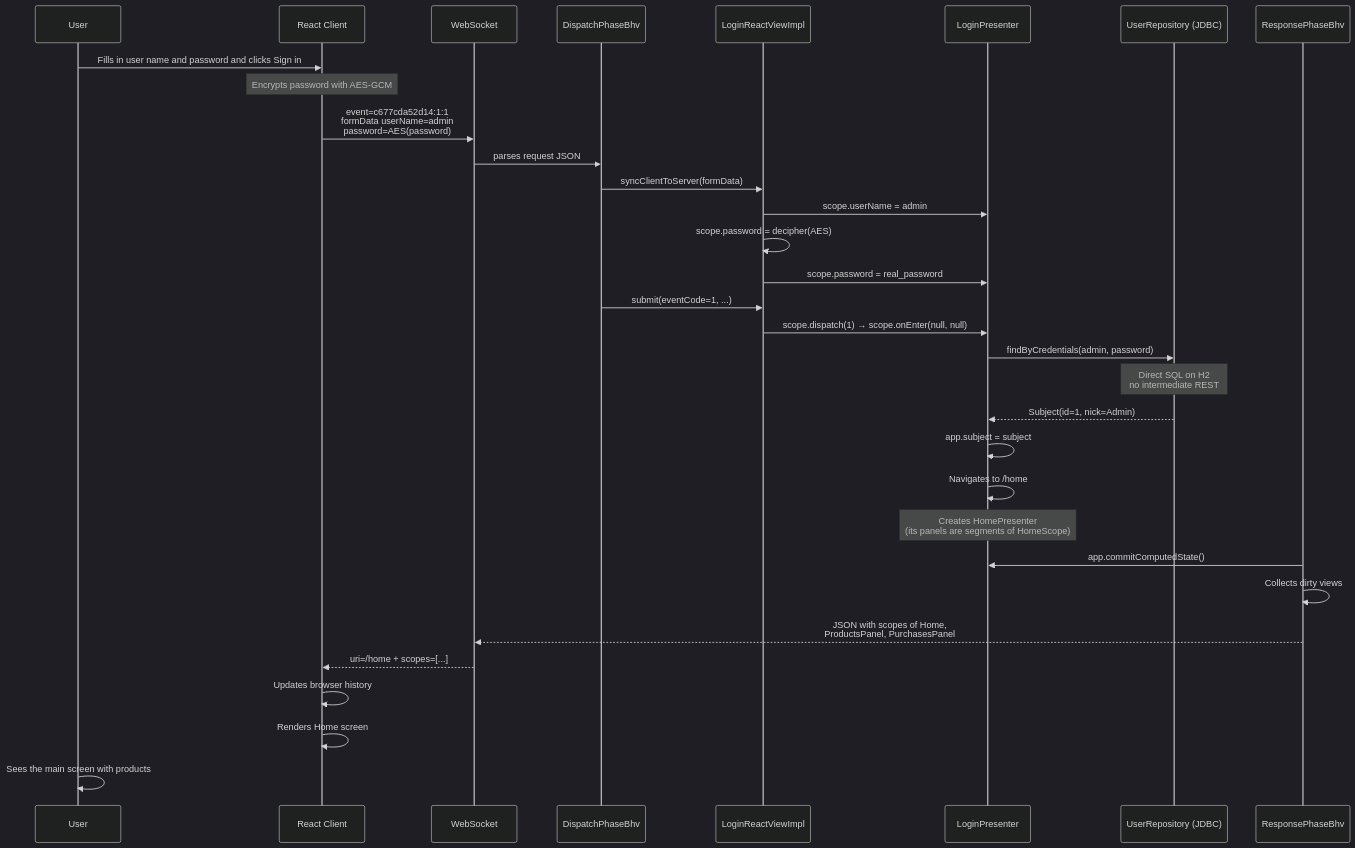
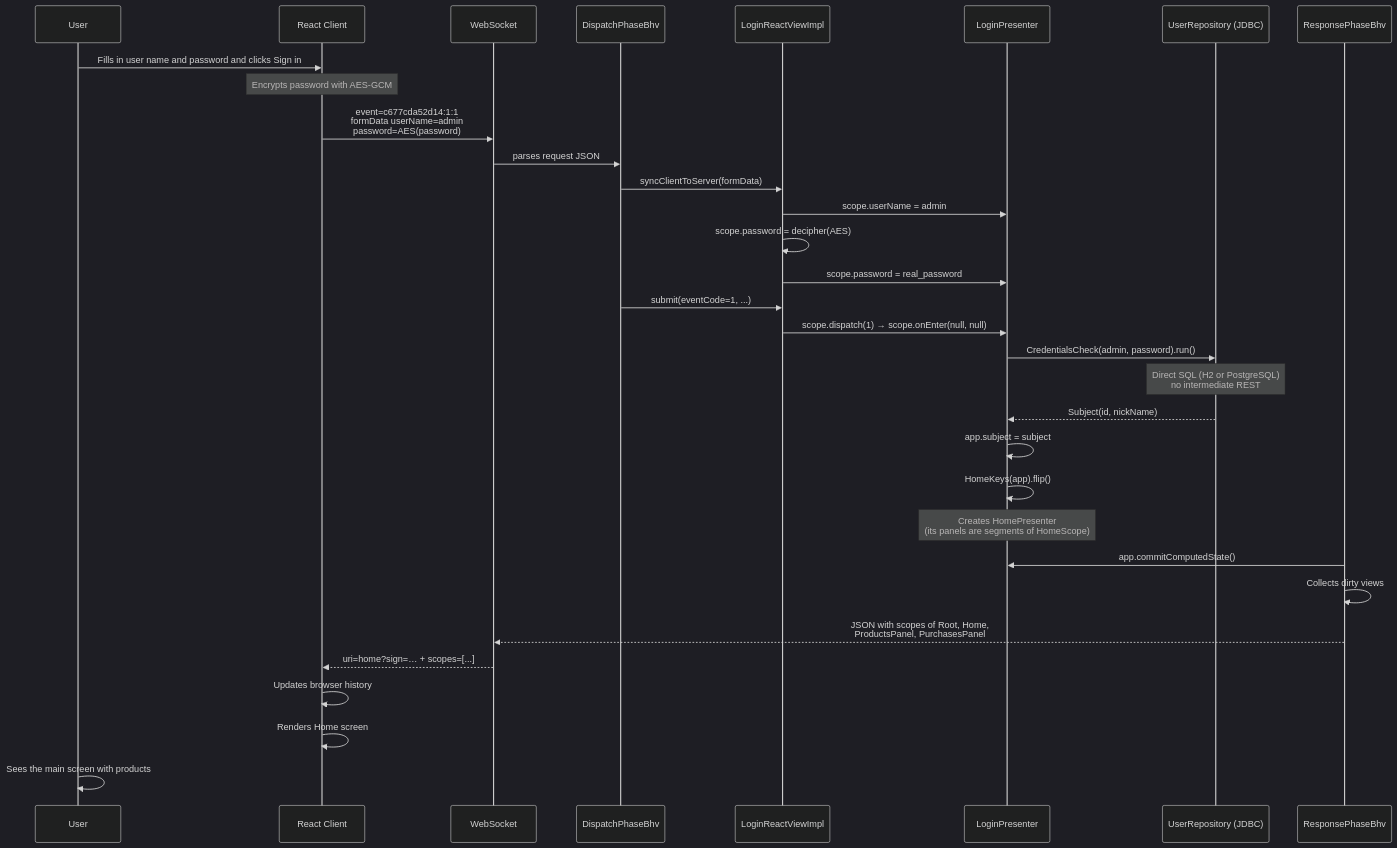
Before and after one commit to mrcdom/wdc-cube-kotlin: the ninth of 9 diagrams in docs/architecture-react.md, drawn with Mermaid (dark theme). The commit also changed other lines of this file and 35 other files, not shown here.

````diff
--- a/docs/architecture-react.md
+++ b/docs/architecture-react.md
@@ -470,47 +469,47 @@
 ```mermaid
 sequenceDiagram
     participant User as User
     participant React as React Client
     participant WS as WebSocket
     participant Disp as DispatchPhaseBhv
     participant LView as LoginReactViewImpl
     participant LPres as LoginPresenter
     participant URepo as UserRepository (JDBC)
     participant Resp as ResponsePhaseBhv
 
     User->>React: Fills in user name and password and clicks Sign in
 
     Note over React: Encrypts password with AES-GCM
 
     React->>WS: event=c677cda52d14:1:1<br/>formData userName=admin<br/>password=AES(password)
 
     WS->>Disp: parses request JSON
 
     Disp->>LView: syncClientToServer(formData)
     LView->>LPres: scope.userName = admin
     LView->>LView: scope.password = decipher(AES)
     LView->>LPres: scope.password = real_password
 
     Disp->>LView: submit(eventCode=1, ...)
     LView->>LPres: scope.dispatch(1) → scope.onEnter(null, null)
 
-    LPres->>URepo: findByCredentials(admin, password)
-    Note over URepo: Direct SQL on H2<br/>no intermediate REST
-    URepo-->>LPres: Subject(id=1, nick=Admin)
+    LPres->>URepo: CredentialsCheck(admin, password).run()
+    Note over URepo: Direct SQL (H2 or PostgreSQL)<br/>no intermediate REST
+    URepo-->>LPres: Subject(id, nickName)
 
     LPres->>LPres: app.subject = subject
-    LPres->>LPres: Navigates to /home
+    LPres->>LPres: HomeKeys(app).flip()
 
     Note over LPres: Creates HomePresenter<br/>(its panels are segments of HomeScope)
 
     Resp->>LPres: app.commitComputedState()
     Resp->>Resp: Collects dirty views
 
-    Resp-->>WS: JSON with scopes of Home,<br/>ProductsPanel, PurchasesPanel
+    Resp-->>WS: JSON with scopes of Root, Home,<br/>ProductsPanel, PurchasesPanel
 
-    WS-->>React: uri=/home + scopes=[...]
+    WS-->>React: uri=home?sign=… + scopes=[...]
     React->>React: Updates browser history
     React->>React: Renders Home screen
 
     User->>User: Sees the main screen with products
 ```
````
